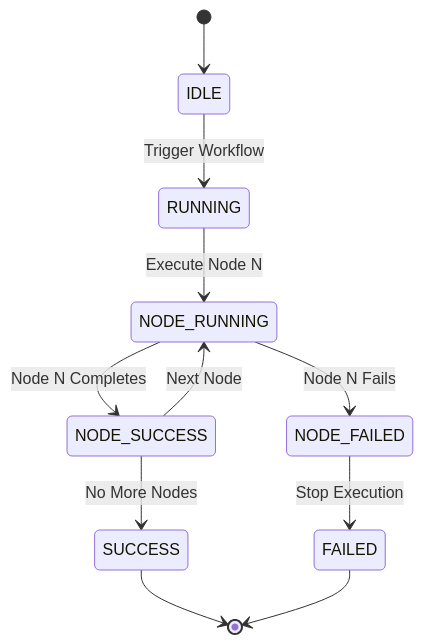
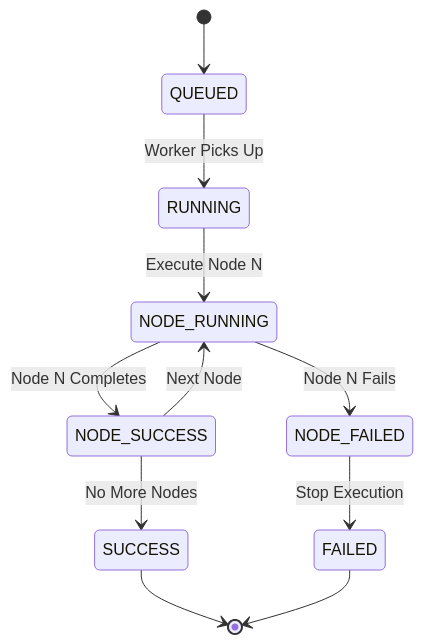
The second of 2 diagrams in README.md (Ayush-o1/StarGate), drawn with Mermaid before and after one commit. The commit also changed other lines of this file and 56 other files, not shown here.

````diff
--- a/README.md
+++ b/README.md
@@ -112,13 +89,13 @@
 ```mermaid
 stateDiagram-v2
-    [*] --> IDLE
-    IDLE --> RUNNING : Trigger Workflow
+    [*] --> QUEUED
+    QUEUED --> RUNNING : Worker Picks Up
     RUNNING --> NODE_RUNNING : Execute Node N
     NODE_RUNNING --> NODE_SUCCESS : Node N Completes
     NODE_RUNNING --> NODE_FAILED : Node N Fails
     NODE_SUCCESS --> NODE_RUNNING : Next Node
     NODE_SUCCESS --> SUCCESS : No More Nodes
     NODE_FAILED --> FAILED : Stop Execution
     SUCCESS --> [*]
     FAILED --> [*]
 ```
````
